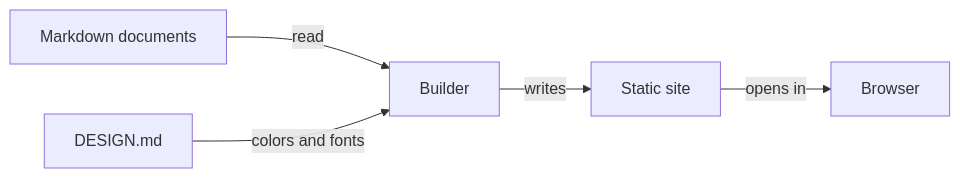
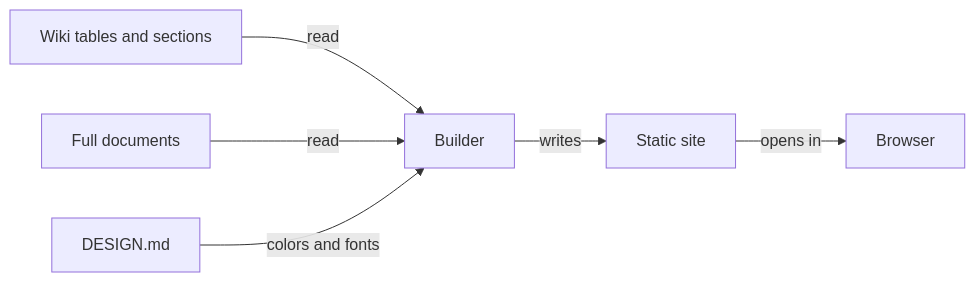
Before and after one commit to AIDDbot/AIDDbot: the diagram in docs/specs/s0002-web-knowledge-explorer.spec.md, drawn with Mermaid. The commit also changed other lines of this file and 2 other files, not shown here.

````diff
--- a/docs/specs/s0002-web-knowledge-explorer.spec.md
+++ b/docs/specs/s0002-web-knowledge-explorer.spec.md
@@ -110,7 +55,8 @@
 ```mermaid
 graph LR
-  Docs[Markdown documents] -->|read| Builder[Builder]
+  Wiki[Wiki tables and sections] -->|read| Builder[Builder]
+  Docs[Full documents] -->|read| Builder
   Design[DESIGN.md] -->|colors and fonts| Builder
   Builder -->|writes| Site[Static site]
   Site -->|opens in| Browser[Browser]
 ```
````
